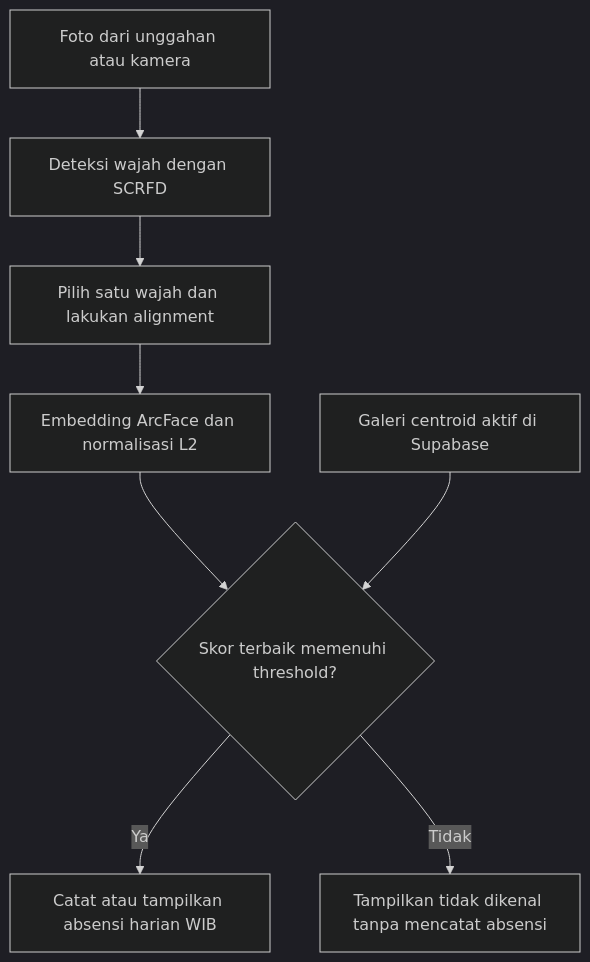
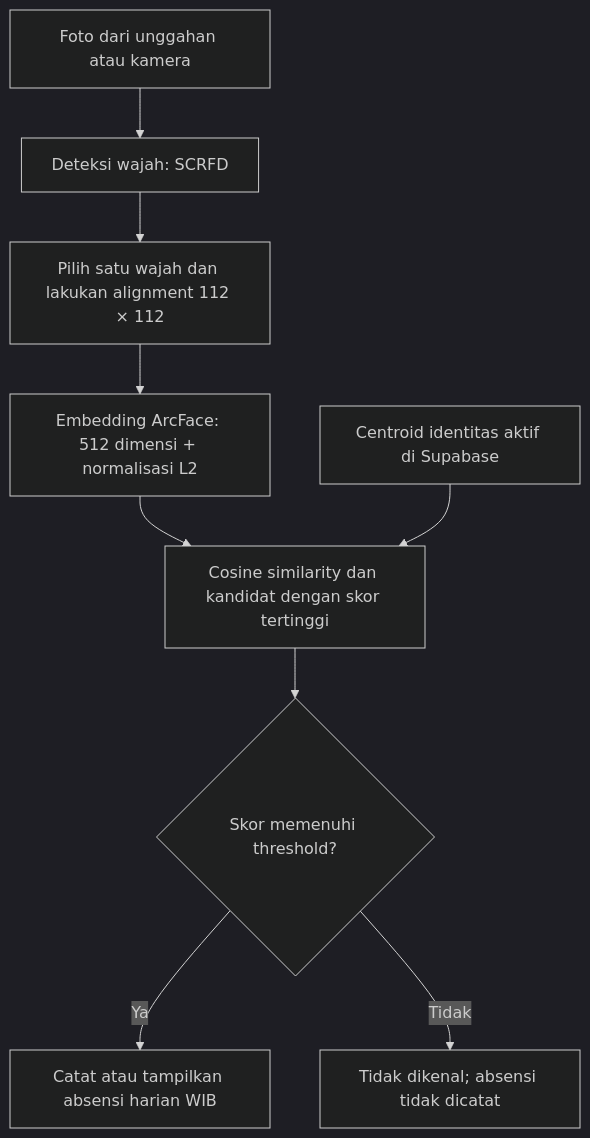
One commit to elsaelisa09/face-recognition-attendance changed the diagram in README.md. Above: the diagram before and after it, drawn with Mermaid (dark theme). The commit also changed other lines of this file and 1 other file, not shown here.

````diff
--- a/README.md
+++ b/README.md
@@ -82,10 +43,11 @@
 ```mermaid
 flowchart TD
-    A["Foto dari unggahan atau kamera"] --> B["Deteksi wajah dengan SCRFD"]
-    B --> C["Pilih satu wajah dan lakukan alignment"]
-    C --> D["Embedding ArcFace dan normalisasi L2"]
-    D --> E{"Skor terbaik memenuhi threshold?"}
-    G["Galeri centroid aktif di Supabase"] --> E
-    E -->|Ya| F["Catat atau tampilkan absensi harian WIB"]
-    E -->|Tidak| H["Tampilkan tidak dikenal tanpa mencatat absensi"]
+    A["Foto dari unggahan atau kamera"] --> B["Deteksi wajah: SCRFD"]
+    B --> C["Pilih satu wajah dan lakukan alignment 112 × 112"]
+    C --> D["Embedding ArcFace: 512 dimensi + normalisasi L2"]
+    D --> E["Cosine similarity dan kandidat dengan skor tertinggi"]
+    G["Centroid identitas aktif di Supabase"] --> E
+    E --> F{"Skor memenuhi threshold?"}
+    F -->|Ya| H["Catat atau tampilkan absensi harian WIB"]
+    F -->|Tidak| I["Tidak dikenal; absensi tidak dicatat"]
 ```
````
